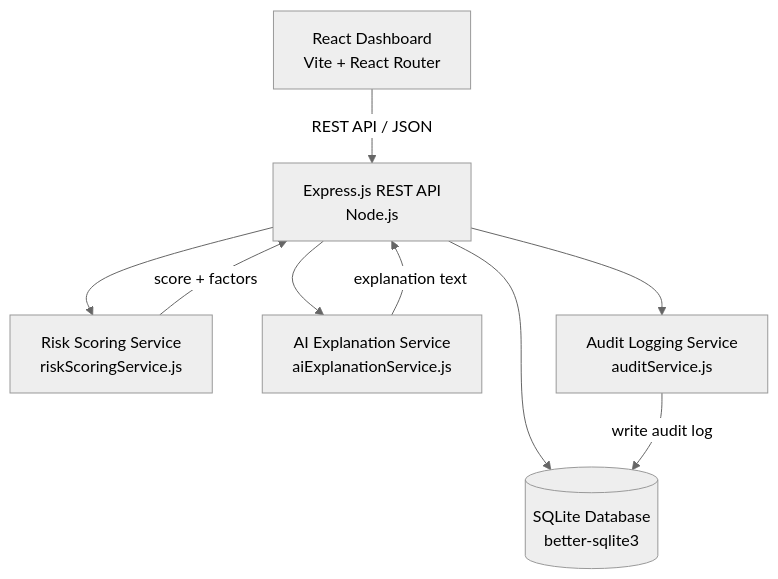
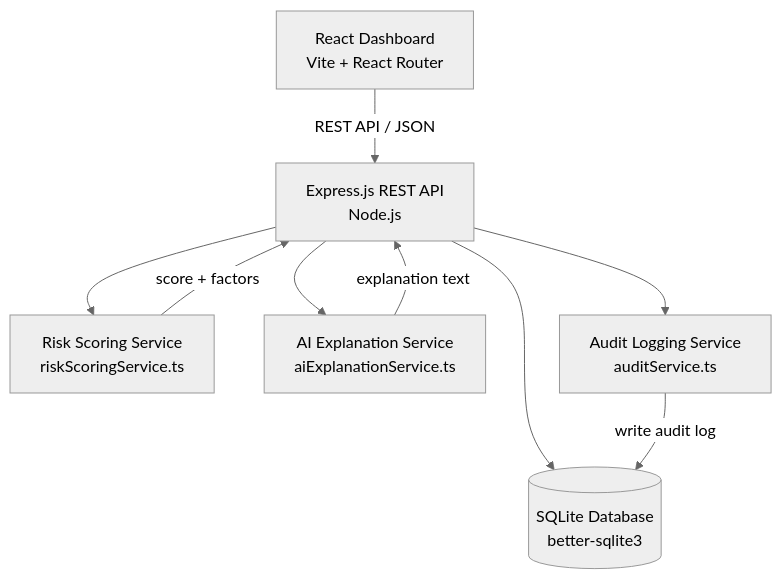
The diagram in README.md (Sahibjeet-Sidhu/FinGuard-AI), drawn with Mermaid (neutral theme) before and after one commit. The commit also changed other lines of this file and 103 other files, not shown here.

````diff
--- a/README.md
+++ b/README.md
@@ -52,11 +55,11 @@
 ```mermaid
 graph TD
     A[React Dashboard<br/>Vite + React Router] -->|REST API / JSON| B[Express.js REST API<br/>Node.js]
     B --> C[(SQLite Database<br/>better-sqlite3)]
-    B --> D[Risk Scoring Service<br/>riskScoringService.js]
-    B --> E[AI Explanation Service<br/>aiExplanationService.js]
-    B --> F[Audit Logging Service<br/>auditService.js]
+    B --> D[Risk Scoring Service<br/>riskScoringService.ts]
+    B --> E[AI Explanation Service<br/>aiExplanationService.ts]
+    B --> F[Audit Logging Service<br/>auditService.ts]
     D -->|score + factors| B
     E -->|explanation text| B
     F -->|write audit log| C
 ```
````
